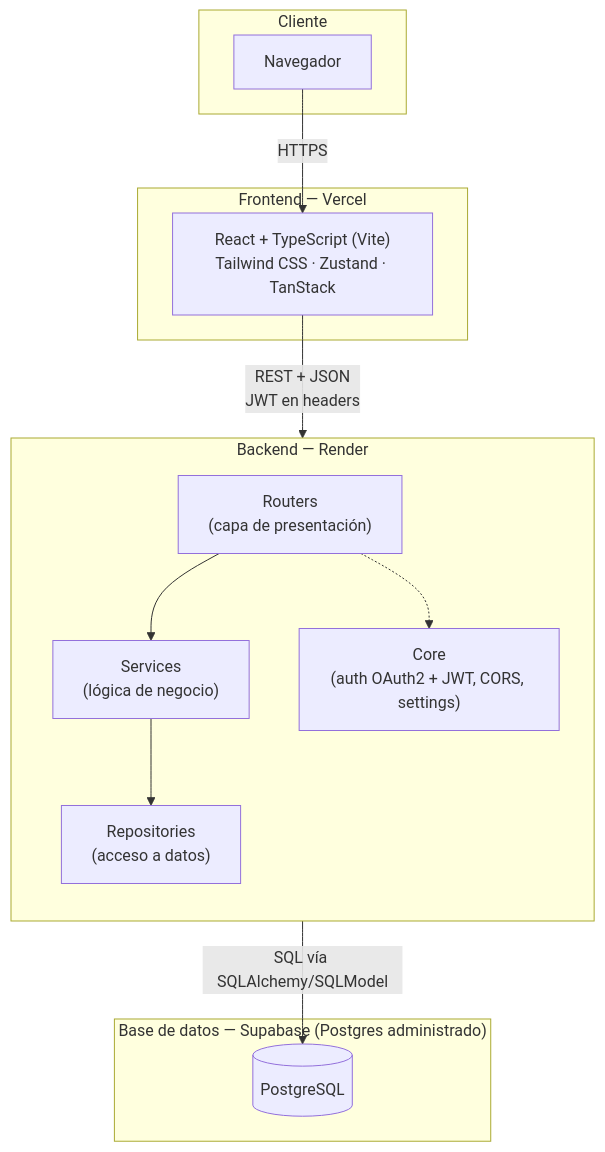
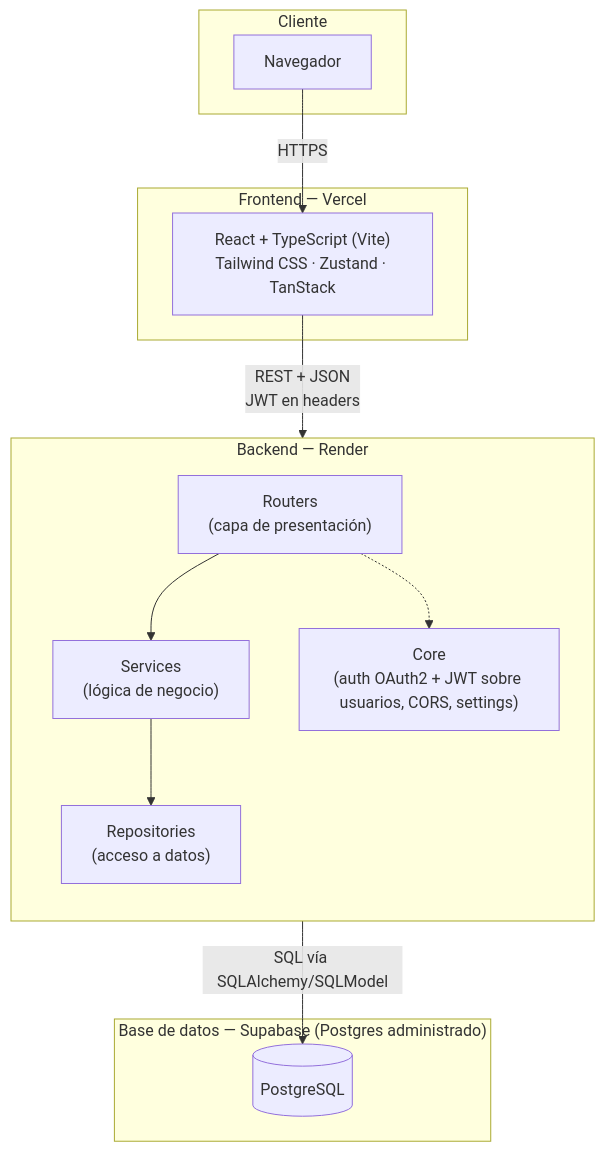
The diagram in docs/entrega-2/Arquitectura.md (FedeiaTech/TFI-UTN--TechFlow--Colque-Gutierrez-Iacono), drawn with Mermaid before and after one commit. The commit also changed other lines of this file and 7 other files, not shown here.

````diff
--- a/docs/entrega-2/Arquitectura.md
+++ b/docs/entrega-2/Arquitectura.md
@@ -5,29 +5,29 @@
 ```mermaid
 flowchart TB
     subgraph Cliente
         Browser["Navegador"]
     end
 
     subgraph Frontend["Frontend — Vercel"]
         React["React + TypeScript (Vite)<br/>Tailwind CSS · Zustand · TanStack"]
     end
 
     subgraph Backend["Backend — Render"]
         direction TB
         Routers["Routers<br/>(capa de presentación)"]
         Services["Services<br/>(lógica de negocio)"]
         Repositories["Repositories<br/>(acceso a datos)"]
-        Core["Core<br/>(auth OAuth2 + JWT, CORS, settings)"]
+        Core["Core<br/>(auth OAuth2 + JWT sobre usuarios, CORS, settings)"]
 
         Routers --> Services --> Repositories
         Routers -.-> Core
     end
 
     subgraph DB["Base de datos — Supabase (Postgres administrado)"]
         Postgres[("PostgreSQL")]
     end
 
     Browser -->|HTTPS| React
     React -->|REST + JSON<br/>JWT en headers| Routers
     Repositories -->|SQL vía SQLAlchemy/SQLModel| Postgres
 ```
````
